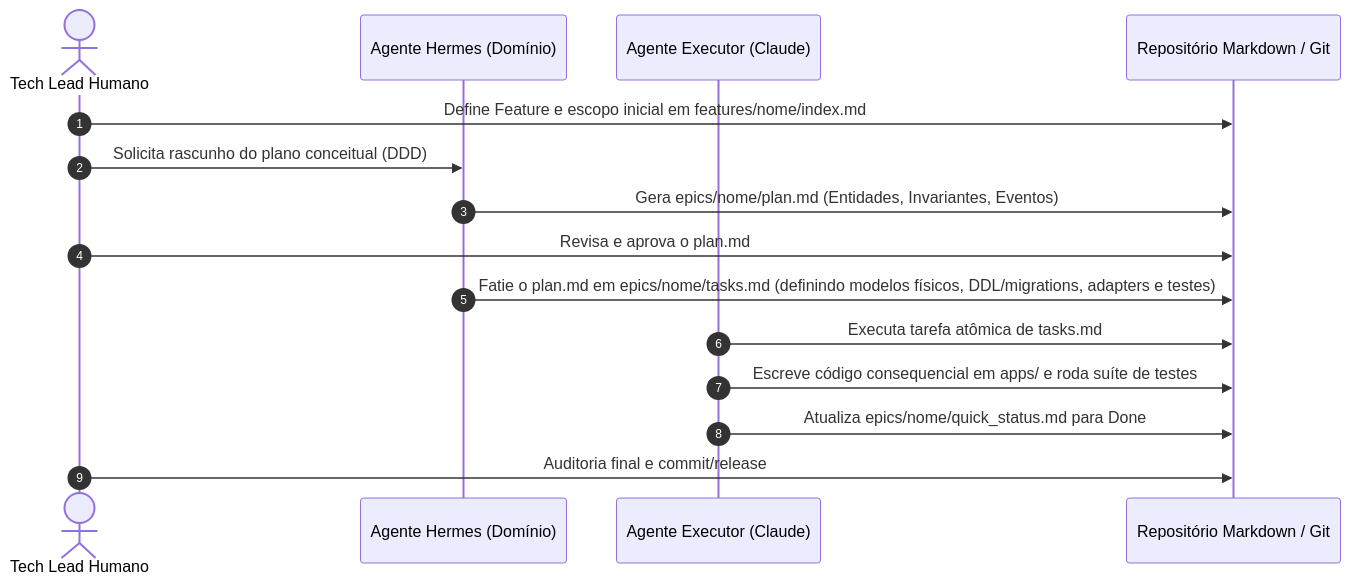
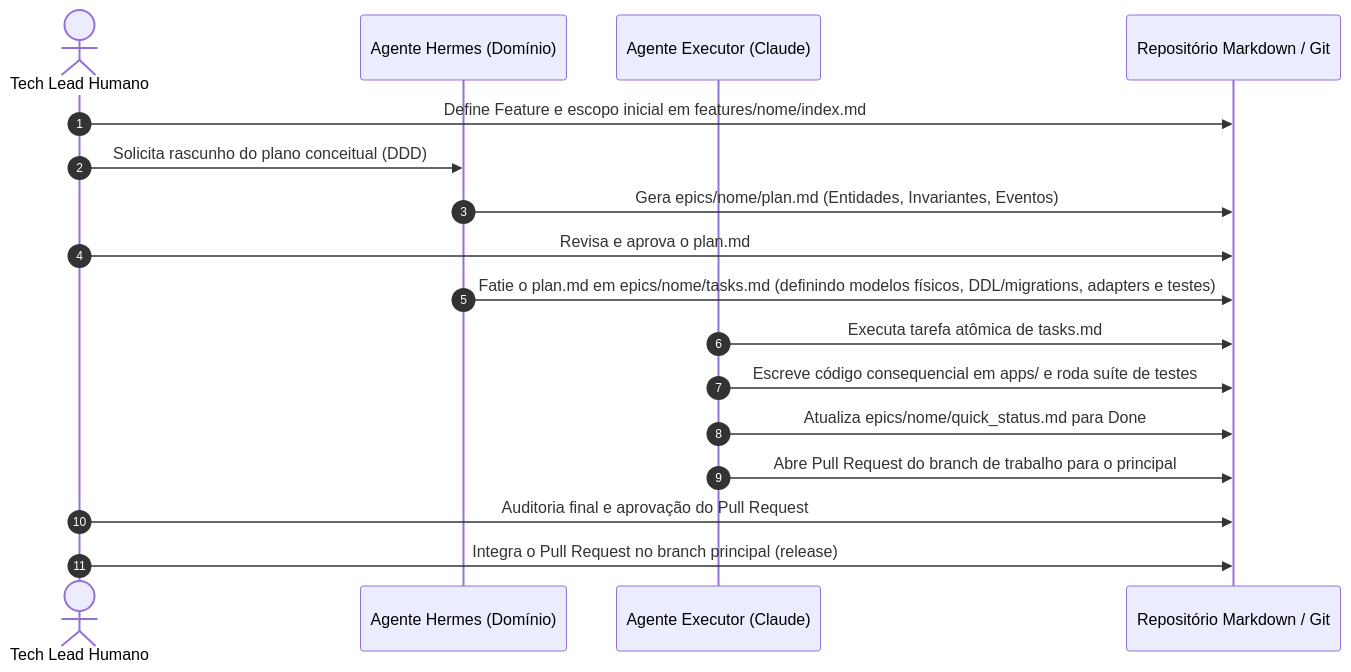
One commit to m4rc0s/agentic_sample changed the diagram in team_playbook.md. Above: the diagram before and after it, drawn with Mermaid. The commit also changed other lines of this file and 2 other files, not shown here.

First line of the commit message:
docs: document the branch and pull request workflow in governance

````diff
--- a/team_playbook.md
+++ b/team_playbook.md
@@ -20,18 +20,20 @@
 ```mermaid
 sequenceDiagram
     autonumber
     actor H as Tech Lead Humano
     participant A1 as Agente Hermes (Domínio)
     participant A2 as Agente Executor (Claude)
     participant F as Repositório Markdown / Git
 
     H->>F: Define Feature e escopo inicial em features/nome/index.md
     H->>A1: Solicita rascunho do plano conceitual (DDD)
     A1->>F: Gera epics/nome/plan.md (Entidades, Invariantes, Eventos)
     H->>F: Revisa e aprova o plan.md
     A1->>F: Fatie o plan.md em epics/nome/tasks.md (definindo modelos físicos, DDL/migrations, adapters e testes)
     A2->>F: Executa tarefa atômica de tasks.md
     A2->>F: Escreve código consequencial em apps/ e roda suíte de testes
     A2->>F: Atualiza epics/nome/quick_status.md para Done
-    H->>F: Auditoria final e commit/release
+    A2->>F: Abre Pull Request do branch de trabalho para o principal
+    H->>F: Auditoria final e aprovação do Pull Request
+    H->>F: Integra o Pull Request no branch principal (release)
 ```
````
